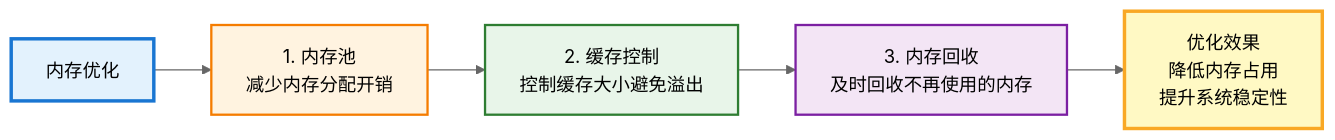
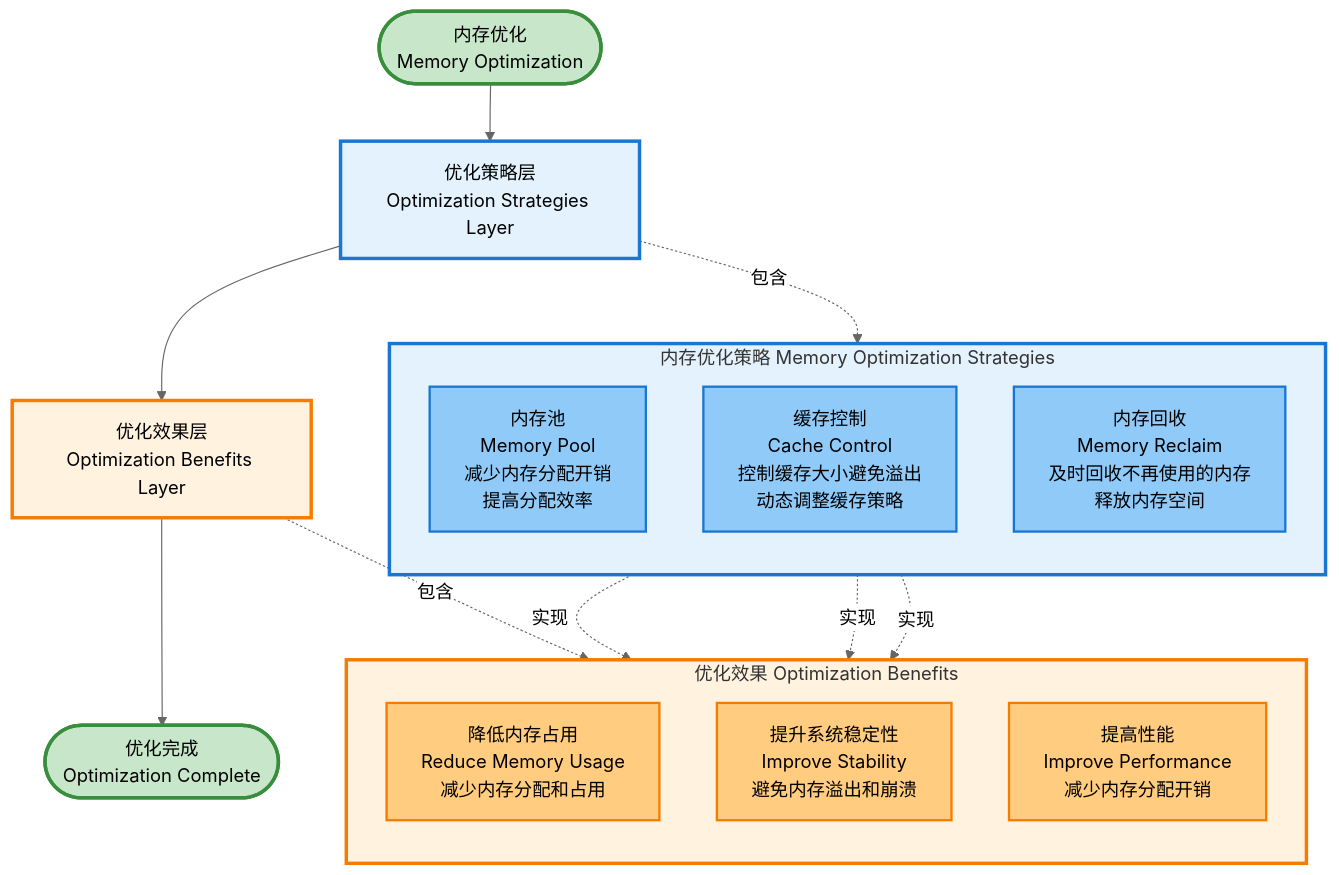
Before and after one commit to zhouzhilong-commits/zhouzhilong-commits.github.io: diagram 22 of 25 in _posts/2025-06-11-indexlib-4-query-flow.md, drawn with Mermaid (neutral theme). The commit also changed other lines of this file and 19 other files, not shown here.

````diff
--- a/_posts/2025-06-11-indexlib-4-query-flow.md
+++ b/_posts/2025-06-11-indexlib-4-query-flow.md
@@ -1813,13 +1842,42 @@
 ```mermaid
-flowchart LR
-    Start[内存优化] --> M1[1. 内存池<br/>减少内存分配开销]
-    M1 --> M2[2. 缓存控制<br/>控制缓存大小避免溢出]
-    M2 --> M3[3. 内存回收<br/>及时回收不再使用的内存]
-    M3 --> Benefit[优化效果<br/>降低内存占用<br/>提升系统稳定性]
+flowchart TB
+    Start([内存优化<br/>Memory Optimization]) --> StrategyLayer[优化策略层<br/>Optimization Strategies Layer]
     
-    style Start fill:#e3f2fd,stroke:#1976d2,stroke-width:3px
-    style M1 fill:#fff3e0,stroke:#f57c00,stroke-width:2px
-    style M2 fill:#e8f5e9,stroke:#2e7d32,stroke-width:2px
-    style M3 fill:#f3e5f5,stroke:#7b1fa2,stroke-width:2px
-    style Benefit fill:#fff9c4,stroke:#f9a825,stroke-width:3px
+    subgraph StrategyGroup["内存优化策略 Memory Optimization Strategies"]
+        direction TB
+        M1[内存池<br/>Memory Pool<br/>减少内存分配开销<br/>提高分配效率]
+        M2[缓存控制<br/>Cache Control<br/>控制缓存大小避免溢出<br/>动态调整缓存策略]
+        M3[内存回收<br/>Memory Reclaim<br/>及时回收不再使用的内存<br/>释放内存空间]
+    end
+    
+    StrategyLayer --> BenefitLayer[优化效果层<br/>Optimization Benefits Layer]
+    
+    subgraph BenefitGroup["优化效果 Optimization Benefits"]
+        direction TB
+        B1[降低内存占用<br/>Reduce Memory Usage<br/>减少内存分配和占用]
+        B2[提升系统稳定性<br/>Improve Stability<br/>避免内存溢出和崩溃]
+        B3[提高性能<br/>Improve Performance<br/>减少内存分配开销]
+    end
+    
+    BenefitLayer --> End([优化完成<br/>Optimization Complete])
+    
+    StrategyLayer -.->|包含| StrategyGroup
+    BenefitLayer -.->|包含| BenefitGroup
+    
+    M1 -.->|实现| B1
+    M2 -.->|实现| B2
+    M3 -.->|实现| B3
+    
+    style Start fill:#c8e6c9,stroke:#388e3c,stroke-width:3px
+    style End fill:#c8e6c9,stroke:#388e3c,stroke-width:3px
+    style StrategyLayer fill:#e3f2fd,stroke:#1976d2,stroke-width:3px
+    style BenefitLayer fill:#fff3e0,stroke:#f57c00,stroke-width:3px
+    style StrategyGroup fill:#e3f2fd,stroke:#1976d2,stroke-width:3px
+    style M1 fill:#90caf9,stroke:#1976d2,stroke-width:2px
+    style M2 fill:#90caf9,stroke:#1976d2,stroke-width:2px
+    style M3 fill:#90caf9,stroke:#1976d2,stroke-width:2px
+    style BenefitGroup fill:#fff3e0,stroke:#f57c00,stroke-width:3px
+    style B1 fill:#ffcc80,stroke:#f57c00,stroke-width:2px
+    style B2 fill:#ffcc80,stroke:#f57c00,stroke-width:2px
+    style B3 fill:#ffcc80,stroke:#f57c00,stroke-width:2px
 ```
````
